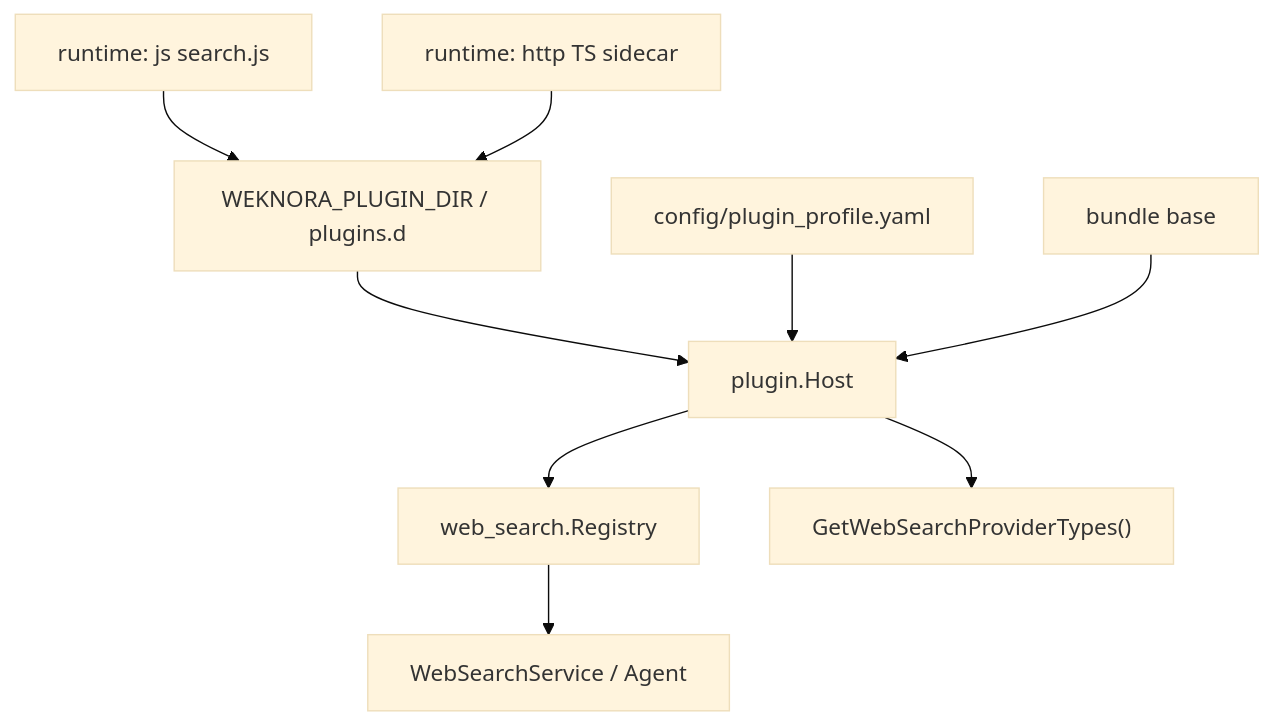
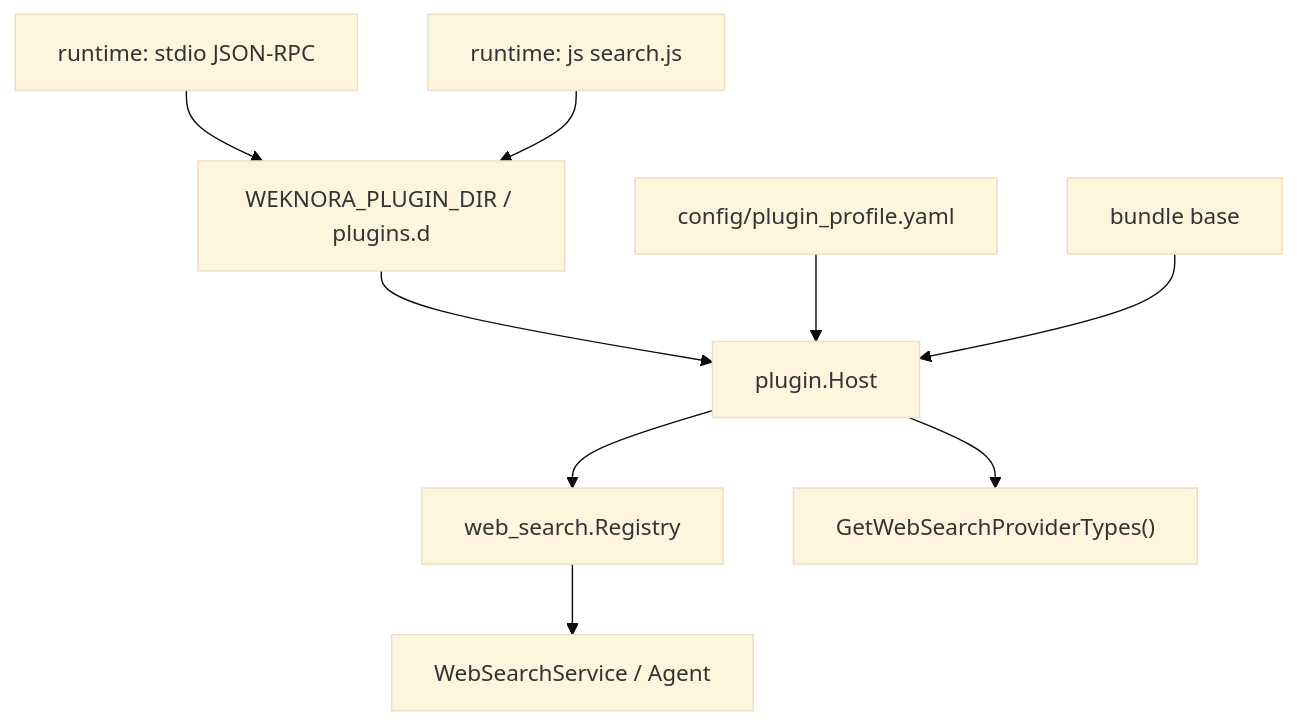
Before and after one commit to lyingbug/WeKnora: the diagram in website-docs/06-development/04-plugin-architecture.md, drawn with Mermaid (base theme). The commit also changed other lines of this file and 22 other files, not shown here.

First line of the commit message:
feat(plugin): speak JSON-RPC over stdio instead of requiring HTTP

````diff
--- a/website-docs/06-development/04-plugin-architecture.md
+++ b/website-docs/06-development/04-plugin-architecture.md
@@ -17,11 +17,11 @@
 ```mermaid
 flowchart TB
     D["WEKNORA_PLUGIN_DIR / plugins.d"] --> H["plugin.Host"]
     P["config/plugin_profile.yaml"] --> H
     B["bundle base"] --> H
+    ST["runtime: stdio  JSON-RPC"] --> D
     JS["runtime: js  search.js"] --> D
-    TS["runtime: http  TS sidecar"] --> D
     H --> R["web_search.Registry"]
     H --> T["GetWebSearchProviderTypes()"]
     R --> C["WebSearchService / Agent"]
 ```
````
